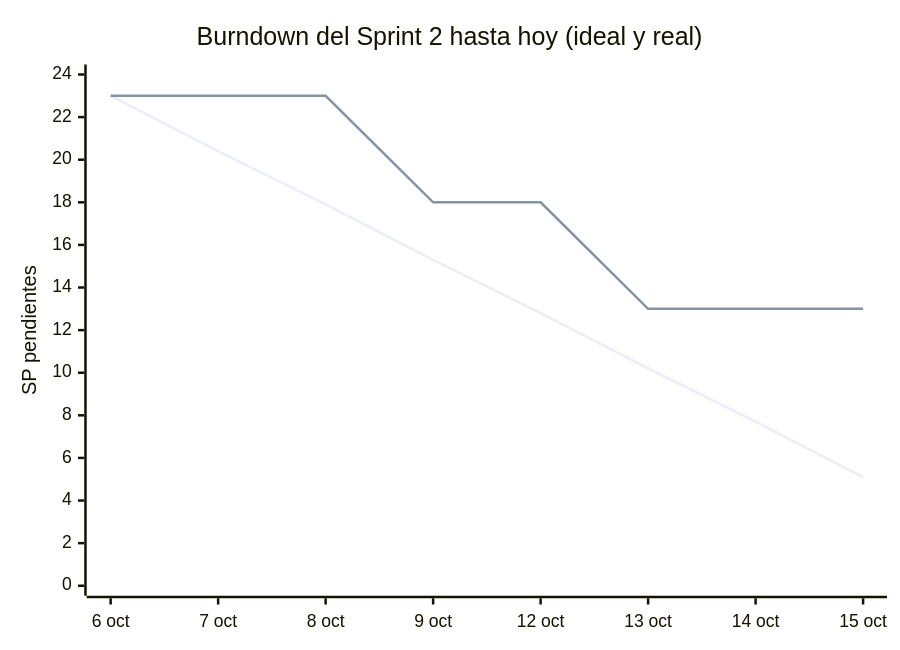
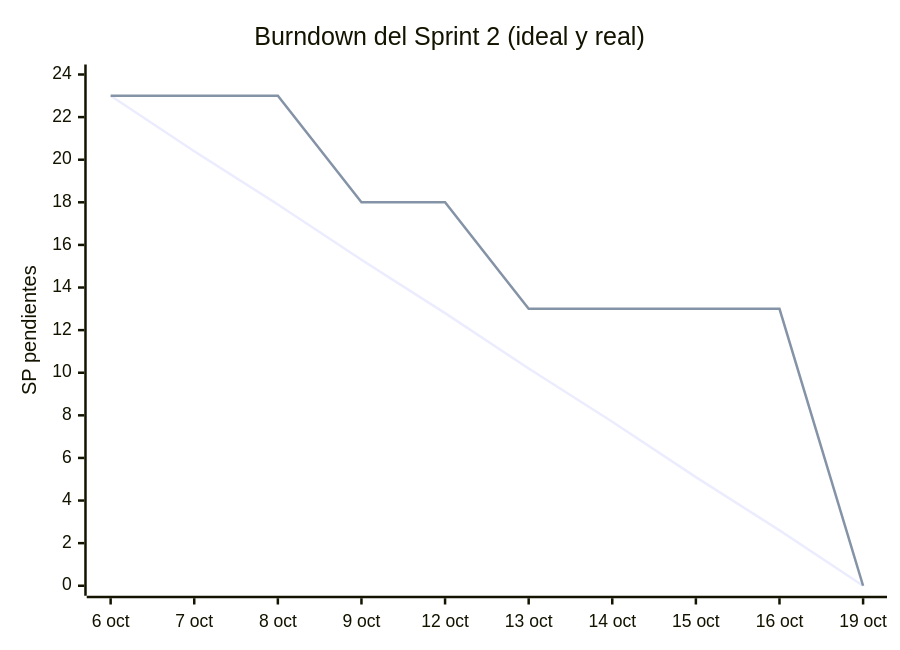
One commit to GabouLC/dq-center changed the diagram in docs/sprints/sprint-2.md. Above: the diagram before and after it, drawn with Mermaid. The commit also changed other lines of this file and 20 other files, not shown here.

````diff
--- a/docs/sprints/sprint-2.md
+++ b/docs/sprints/sprint-2.md
@@ -116,8 +120,8 @@
 ```mermaid
 xychart-beta
-    title "Burndown del Sprint 2 hasta hoy (ideal y real)"
-    x-axis ["6 oct", "7 oct", "8 oct", "9 oct", "12 oct", "13 oct", "14 oct", "15 oct"]
+    title "Burndown del Sprint 2 (ideal y real)"
+    x-axis ["6 oct", "7 oct", "8 oct", "9 oct", "12 oct", "13 oct", "14 oct", "15 oct", "16 oct", "19 oct"]
     y-axis "SP pendientes" 0 --> 24
-    line [23, 20.4, 17.9, 15.3, 12.8, 10.2, 7.7, 5.1]
-    line [23, 23, 23, 18, 18, 13, 13, 13]
+    line [23, 20.4, 17.9, 15.3, 12.8, 10.2, 7.7, 5.1, 2.6, 0]
+    line [23, 23, 23, 18, 18, 13, 13, 13, 13, 0]
 ```
````
